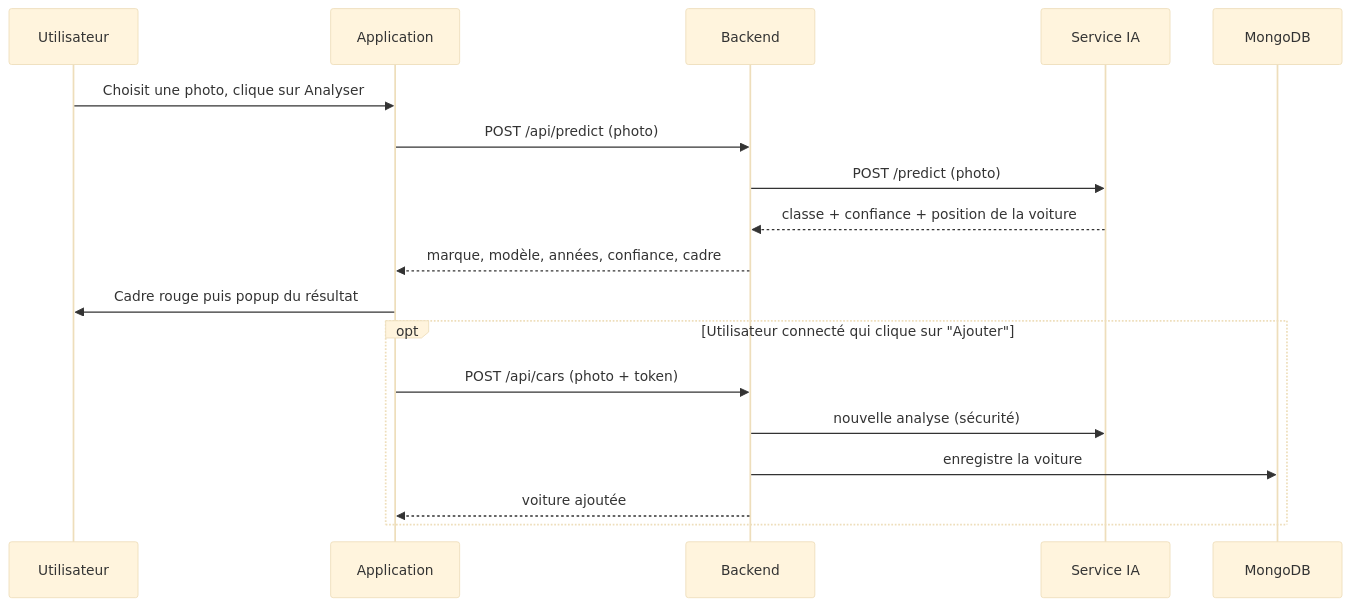
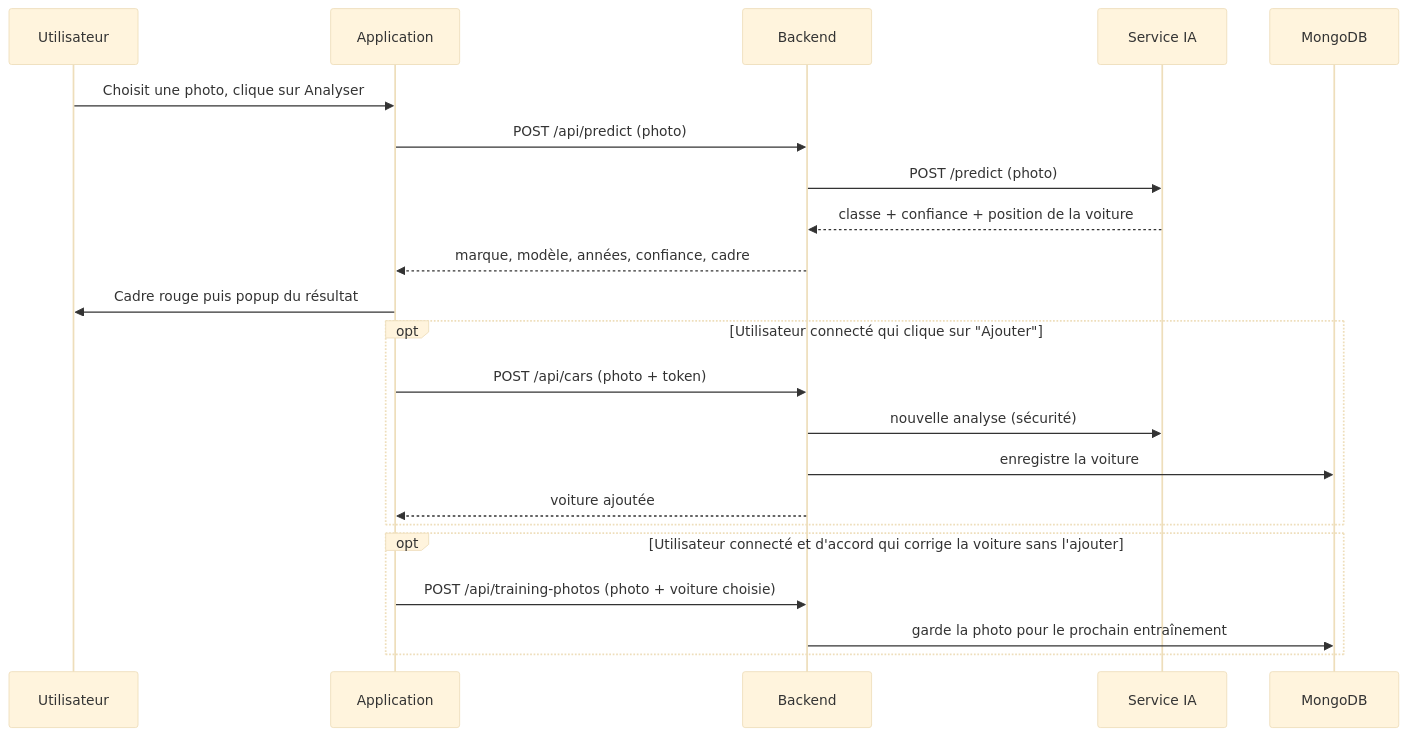
Before and after one commit to Lecasly10/SAE_5: the second of 2 diagrams in README.md, drawn with Mermaid (base theme). The commit also changed other lines of this file and 68 other files, not shown here.

````diff
--- a/README.md
+++ b/README.md
@@ -212,20 +214,24 @@
 ```mermaid
 sequenceDiagram
     participant U as Utilisateur
     participant App as Application
     participant API as Backend
     participant IA as Service IA
     participant DB as MongoDB
     U->>App: Choisit une photo, clique sur Analyser
     App->>API: POST /api/predict (photo)
     API->>IA: POST /predict (photo)
     IA-->>API: classe + confiance + position de la voiture
     API-->>App: marque, modèle, années, confiance, cadre
     App->>U: Cadre rouge puis popup du résultat
     opt Utilisateur connecté qui clique sur "Ajouter"
         App->>API: POST /api/cars (photo + token)
         API->>IA: nouvelle analyse (sécurité)
         API->>DB: enregistre la voiture
         API-->>App: voiture ajoutée
     end
+    opt Utilisateur connecté et d'accord qui corrige la voiture sans l'ajouter
+        App->>API: POST /api/training-photos (photo + voiture choisie)
+        API->>DB: garde la photo pour le prochain entraînement
+    end
 ```
````
